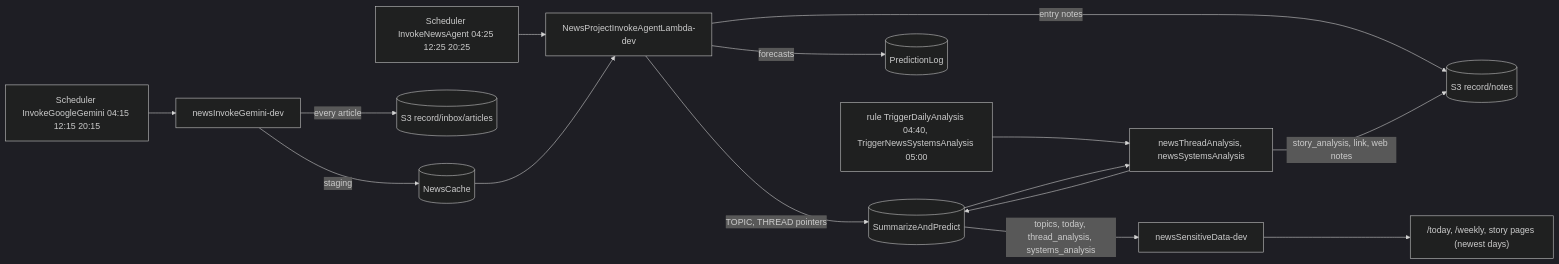
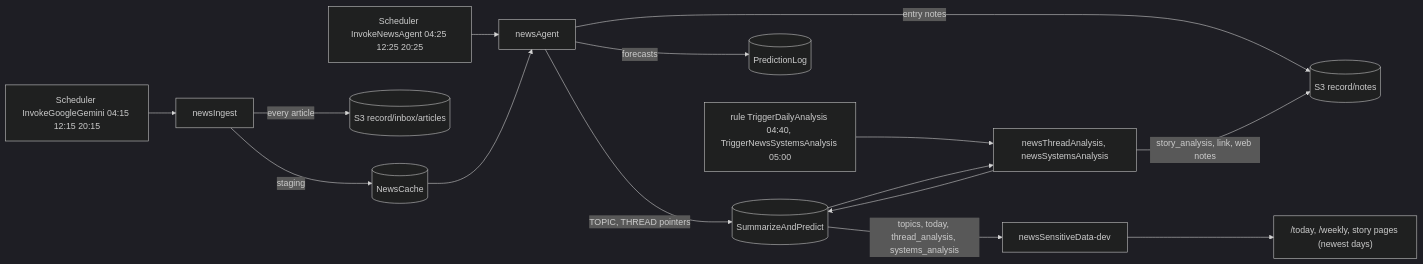
The third of 7 diagrams in project-docs/architecture/ARCHITECTURE.md (BenBen05059997/globalPerspective-v1), drawn with Mermaid (dark theme) before and after one commit. The commit also changed other lines of this file and 19 other files, not shown here.

First line of the commit message:
Docs: analyst weekly dropped, ingest and agent renamed to newsIngest and newsAgent, countries list on the record, PRED# June-September rows dropped

````diff
--- a/project-docs/architecture/ARCHITECTURE.md
+++ b/project-docs/architecture/ARCHITECTURE.md
@@ -144,17 +144,17 @@
 ```mermaid
 flowchart LR
-  s1[Scheduler InvokeGoogleGemini 04:15 12:15 20:15] --> a[newsInvokeGemini-dev]
+  s1[Scheduler InvokeGoogleGemini 04:15 12:15 20:15] --> a[newsIngest]
   a -->|staging| nc[(NewsCache)]
   a -->|every article| ib[(S3 record/inbox/articles)]
-  s2[Scheduler InvokeNewsAgent 04:25 12:25 20:25] --> b[NewsProjectInvokeAgentLambda-dev]
+  s2[Scheduler InvokeNewsAgent 04:25 12:25 20:25] --> b[newsAgent]
   nc --> b
   b -->|TOPIC, THREAD pointers| sp[(SummarizeAndPredict)]
   b -->|forecasts| pl[(PredictionLog)]
   b -->|entry notes| nt[(S3 record/notes)]
   s3[rule TriggerDailyAnalysis 04:40, TriggerNewsSystemsAnalysis 05:00] --> c[newsThreadAnalysis, newsSystemsAnalysis]
   sp --> c
   c --> sp
   c -->|story_analysis, link, web notes| nt
   sp -->|topics, today, thread_analysis, systems_analysis| px[newsSensitiveData-dev]
   px --> pg["/today, /weekly, story pages (newest days)"]
 ```
````
